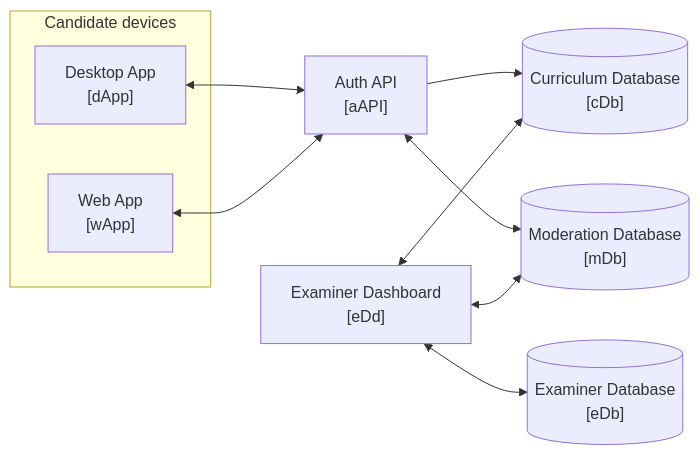
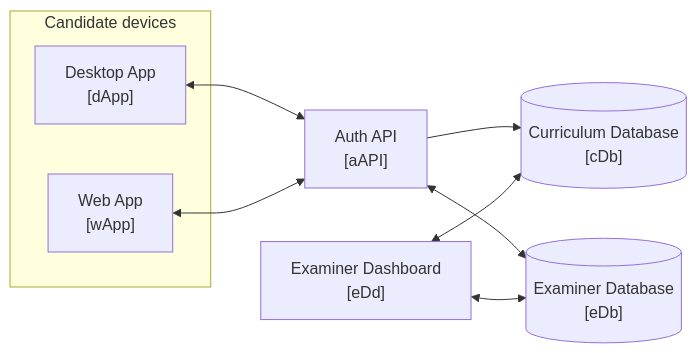
One commit to freeCodeCamp/exam-platform changed the diagram in docs/architecture.md. Above: the diagram before and after it, drawn with Mermaid. The commit also changed other lines of this file and 69 other files, not shown here.

````diff
--- a/docs/architecture.md
+++ b/docs/architecture.md
@@ -3,21 +3,19 @@
 ```mermaid
 graph LR
   subgraph candidate[Candidate devices]
     dApp["Desktop App<br/>[dApp]"]
     wApp["Web App<br/>[wApp]"]
   end
 
   aAPI["Auth API<br/>[aAPI]"]
   cDb[("Curriculum Database<br/>[cDb]")]
-  mDb[("Moderation Database<br/>[mDb]")]
   eDd["Examiner Dashboard<br/>[eDd]"]
   eDb[("Examiner Database<br/>[eDb]")]
 
   dApp <--> aAPI
   wApp <--> aAPI
   aAPI --> cDb
-  aAPI <--> mDb
+  aAPI <--> eDb
   eDd <--> cDb
-  eDd <--> mDb
   eDd <--> eDb
 ```
````
